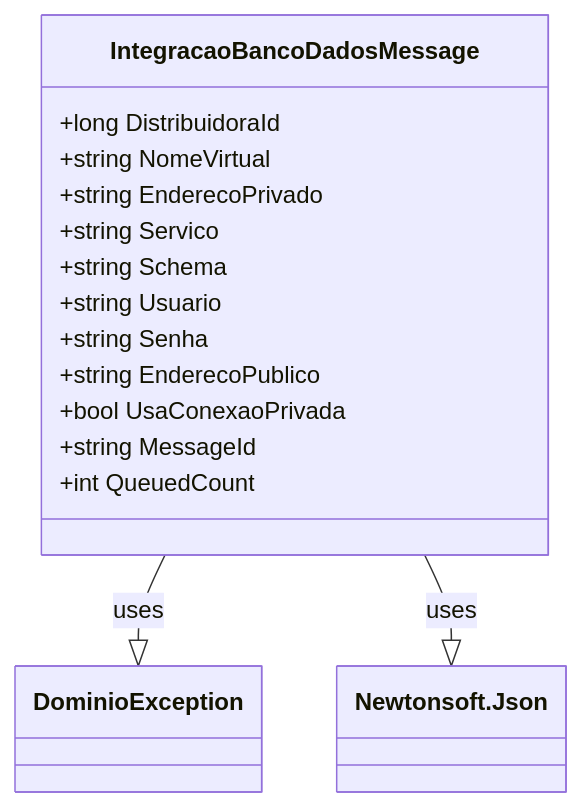
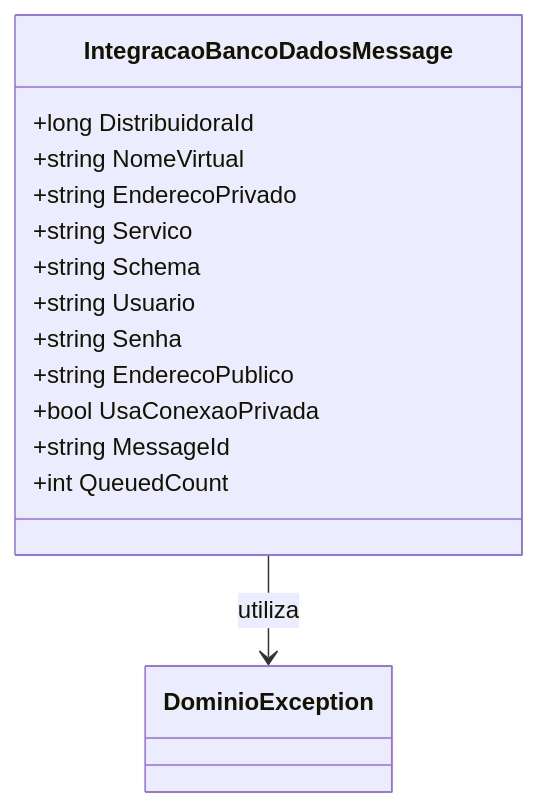
One commit to IsthmusSistemas/documentacao-tecnica changed the diagram in docs/b2b-dominio/IsthmusWinthor.Nucleo/IsthmusWinthor.Dominio/QueueMessages/IntegracaoBancoDadosMessage.md. Above: the diagram before and after it, drawn with Mermaid. The commit also changed other lines of this file and 882 other files, not shown here.

````diff
--- a/docs/b2b-dominio/IsthmusWinthor.Nucleo/IsthmusWinthor.Dominio/QueueMessages/IntegracaoBancoDadosMessage.md
+++ b/docs/b2b-dominio/IsthmusWinthor.Nucleo/IsthmusWinthor.Dominio/QueueMessages/IntegracaoBancoDadosMessage.md
@@ -28,21 +37,17 @@
 ```mermaid
 classDiagram
     class IntegracaoBancoDadosMessage {
         +long DistribuidoraId
         +string NomeVirtual
         +string EnderecoPrivado
         +string Servico
         +string Schema
         +string Usuario
         +string Senha
         +string EnderecoPublico
         +bool UsaConexaoPrivada
         +string MessageId
         +int QueuedCount
     }
-    class DominioException
-    class Newtonsoft.Json
-    
-    IntegracaoBancoDadosMessage --|> DominioException : uses
-    IntegracaoBancoDadosMessage --|> Newtonsoft.Json : uses
-```  
+    IntegracaoBancoDadosMessage --> DominioException : utiliza
+```
````
